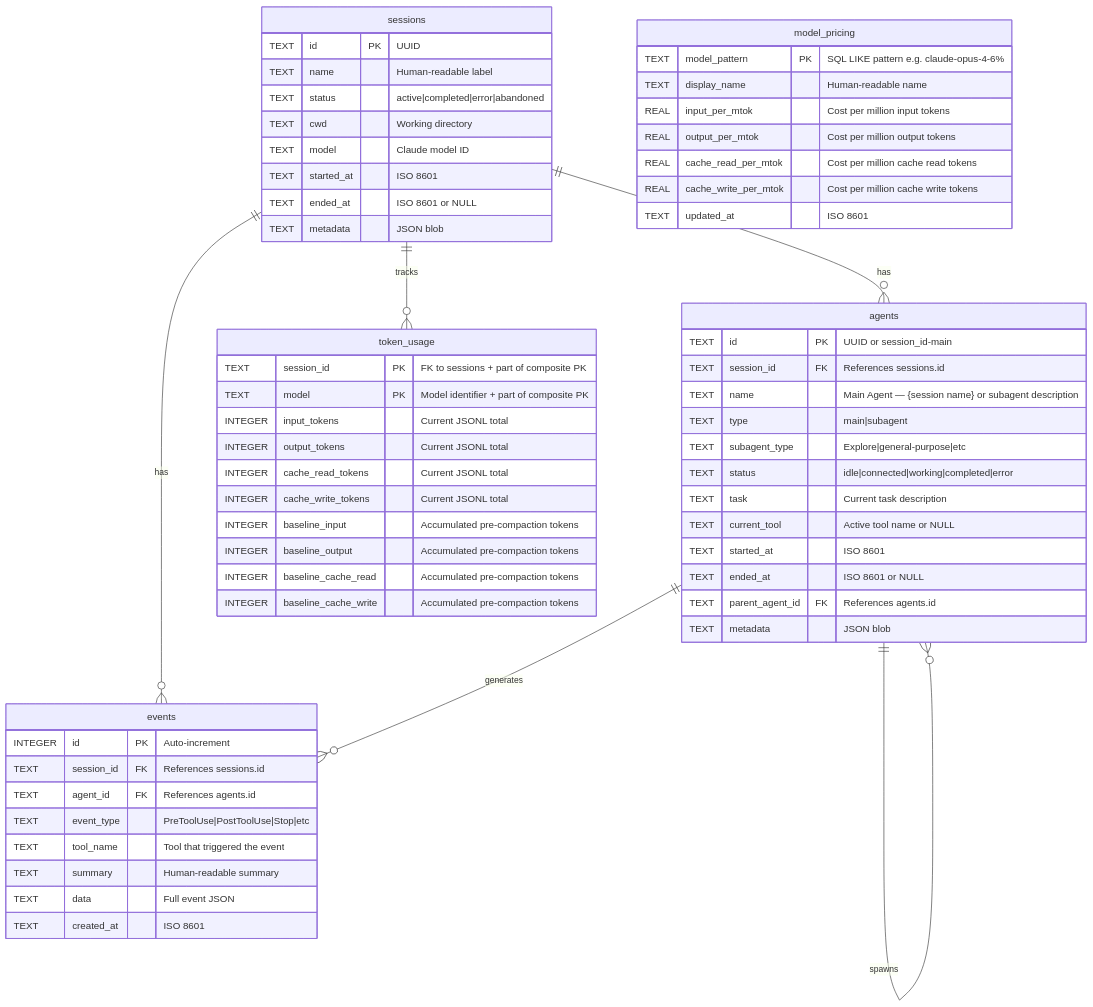
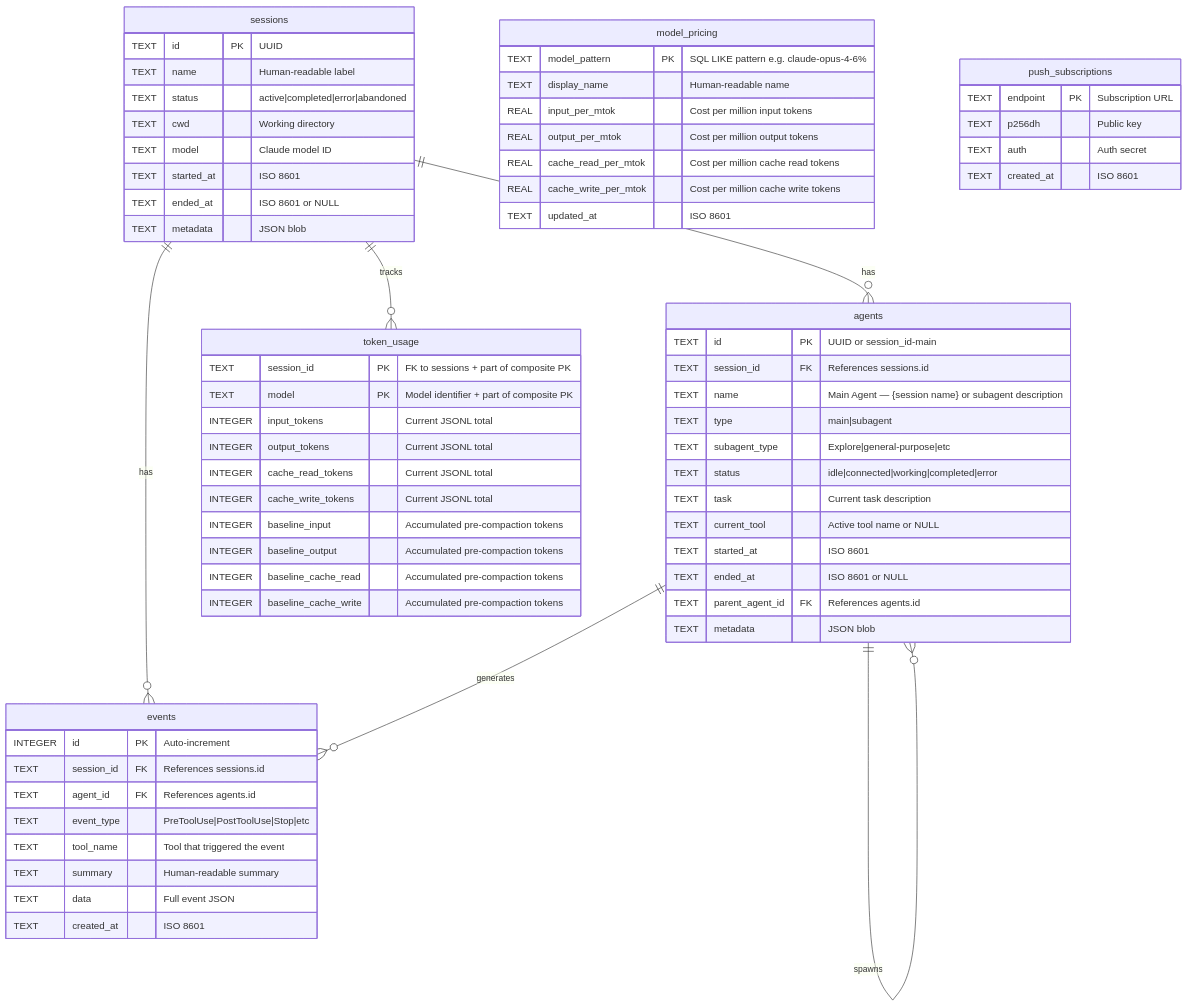
Diagram 12 of 31 in ARCHITECTURE.md (hoangsonww/Claude-Code-Agent-Monitor), drawn with Mermaid before and after one commit. The commit also changed other lines of this file and 9 other files, not shown here.

````diff
--- a/ARCHITECTURE.md
+++ b/ARCHITECTURE.md
@@ -576,68 +576,75 @@
 ```mermaid
 erDiagram
     sessions ||--o{ agents : has
     sessions ||--o{ events : has
     sessions ||--o{ token_usage : tracks
     agents ||--o{ events : generates
     agents ||--o{ agents : spawns
 
     sessions {
         TEXT id PK "UUID"
         TEXT name "Human-readable label"
         TEXT status "active|completed|error|abandoned"
         TEXT cwd "Working directory"
         TEXT model "Claude model ID"
         TEXT started_at "ISO 8601"
         TEXT ended_at "ISO 8601 or NULL"
         TEXT metadata "JSON blob"
     }
 
     agents {
         TEXT id PK "UUID or session_id-main"
         TEXT session_id FK "References sessions.id"
         TEXT name "Main Agent — {session name} or subagent description"
         TEXT type "main|subagent"
         TEXT subagent_type "Explore|general-purpose|etc"
         TEXT status "idle|connected|working|completed|error"
         TEXT task "Current task description"
         TEXT current_tool "Active tool name or NULL"
         TEXT started_at "ISO 8601"
         TEXT ended_at "ISO 8601 or NULL"
         TEXT parent_agent_id FK "References agents.id"
         TEXT metadata "JSON blob"
     }
 
     events {
         INTEGER id PK "Auto-increment"
         TEXT session_id FK "References sessions.id"
         TEXT agent_id FK "References agents.id"
         TEXT event_type "PreToolUse|PostToolUse|Stop|etc"
         TEXT tool_name "Tool that triggered the event"
         TEXT summary "Human-readable summary"
         TEXT data "Full event JSON"
         TEXT created_at "ISO 8601"
     }
 
     token_usage {
         TEXT session_id PK "FK to sessions + part of composite PK"
         TEXT model PK "Model identifier + part of composite PK"
         INTEGER input_tokens "Current JSONL total"
         INTEGER output_tokens "Current JSONL total"
         INTEGER cache_read_tokens "Current JSONL total"
         INTEGER cache_write_tokens "Current JSONL total"
         INTEGER baseline_input "Accumulated pre-compaction tokens"
         INTEGER baseline_output "Accumulated pre-compaction tokens"
         INTEGER baseline_cache_read "Accumulated pre-compaction tokens"
         INTEGER baseline_cache_write "Accumulated pre-compaction tokens"
     }
 
     model_pricing {
         TEXT model_pattern PK "SQL LIKE pattern e.g. claude-opus-4-6%"
         TEXT display_name "Human-readable name"
         REAL input_per_mtok "Cost per million input tokens"
         REAL output_per_mtok "Cost per million output tokens"
         REAL cache_read_per_mtok "Cost per million cache read tokens"
         REAL cache_write_per_mtok "Cost per million cache write tokens"
         TEXT updated_at "ISO 8601"
     }
+
+    push_subscriptions {
+        TEXT endpoint PK "Subscription URL"
+        TEXT p256dh "Public key"
+        TEXT auth "Auth secret"
+        TEXT created_at "ISO 8601"
+    }
 ```
````
